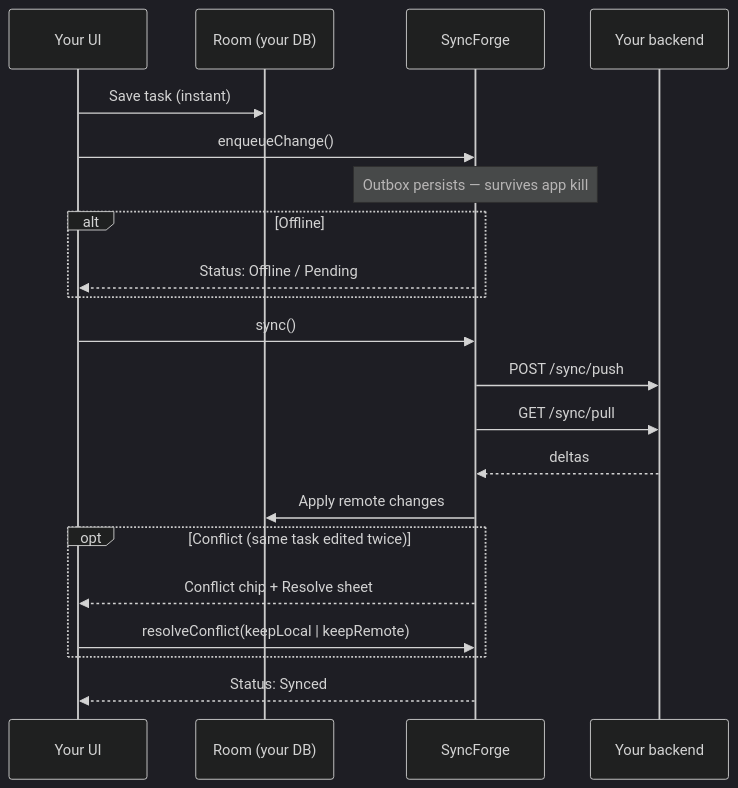
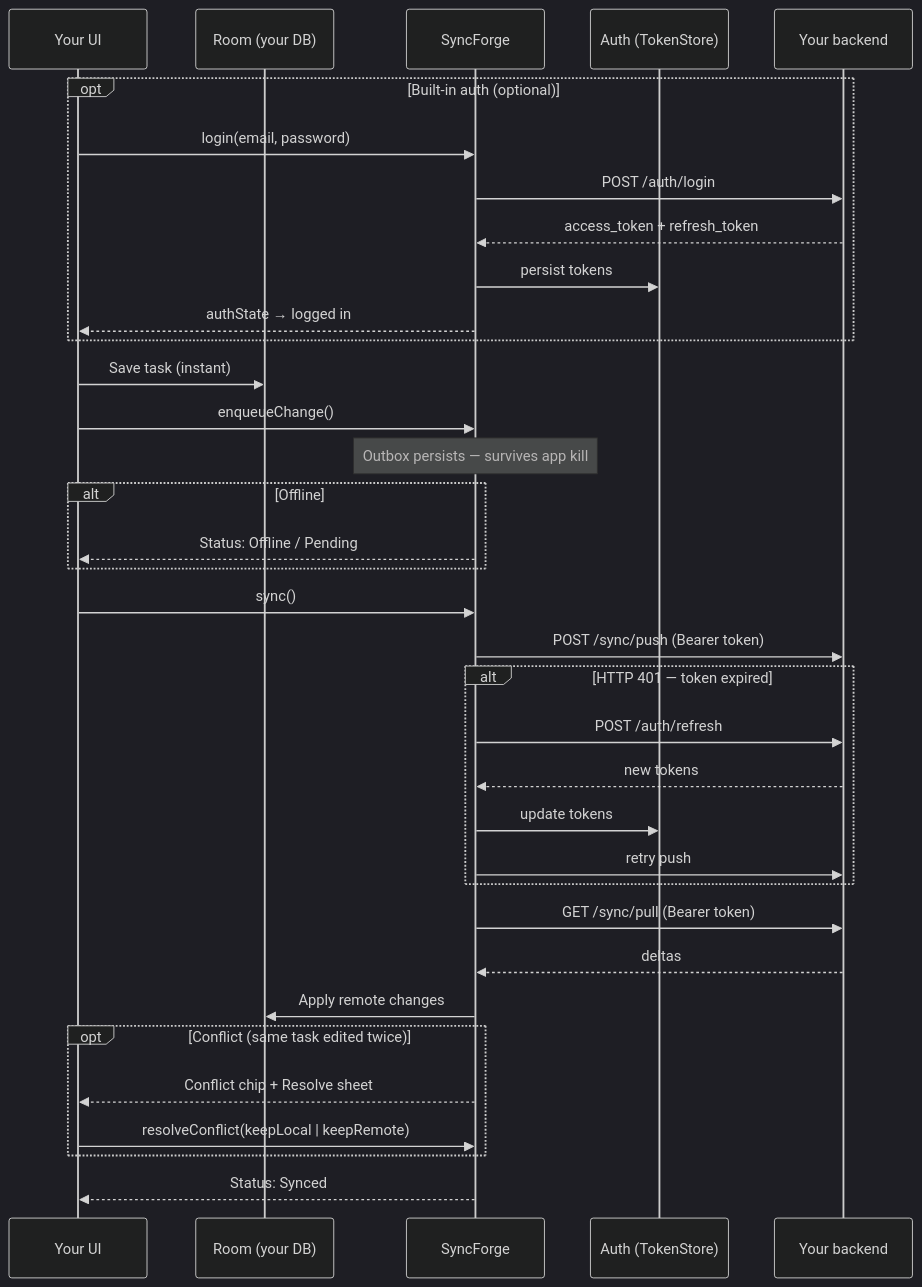
One commit to Arsenoal/syncforge changed the diagram in README.md. Above: the diagram before and after it, drawn with Mermaid (dark theme). The commit also changed other lines of this file, not shown here.

First line of the commit message:
docs(readme): trim structure/docs sections and add auth to flow diagram

````diff
--- a/README.md
+++ b/README.md
@@ -38,28 +38,43 @@
 ```mermaid
 sequenceDiagram
     participant UI as Your UI
     participant Room as Room (your DB)
     participant SF as SyncForge
+    participant Auth as Auth (TokenStore)
     participant API as Your backend
+
+    opt Built-in auth (optional)
+        UI->>SF: login(email, password)
+        SF->>API: POST /auth/login
+        API-->>SF: access_token + refresh_token
+        SF->>Auth: persist tokens
+        SF-->>UI: authState → logged in
+    end
 
     UI->>Room: Save task (instant)
     UI->>SF: enqueueChange()
     Note over SF: Outbox persists — survives app kill
 
     alt Offline
         SF-->>UI: Status: Offline / Pending
     end
 
     UI->>SF: sync()
-    SF->>API: POST /sync/push
-    SF->>API: GET /sync/pull
+    SF->>API: POST /sync/push (Bearer token)
+    alt HTTP 401 — token expired
+        SF->>API: POST /auth/refresh
+        API-->>SF: new tokens
+        SF->>Auth: update tokens
+        SF->>API: retry push
+    end
+    SF->>API: GET /sync/pull (Bearer token)
     API-->>SF: deltas
     SF->>Room: Apply remote changes
 
     opt Conflict (same task edited twice)
         SF-->>UI: Conflict chip + Resolve sheet
         UI->>SF: resolveConflict(keepLocal | keepRemote)
     end
 
     SF-->>UI: Status: Synced
 ```
````
